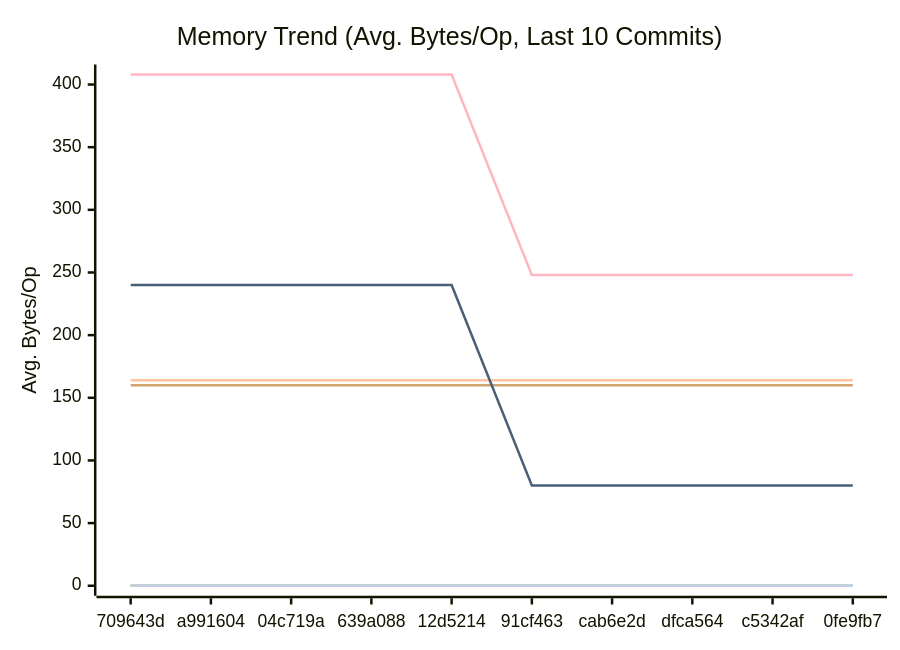
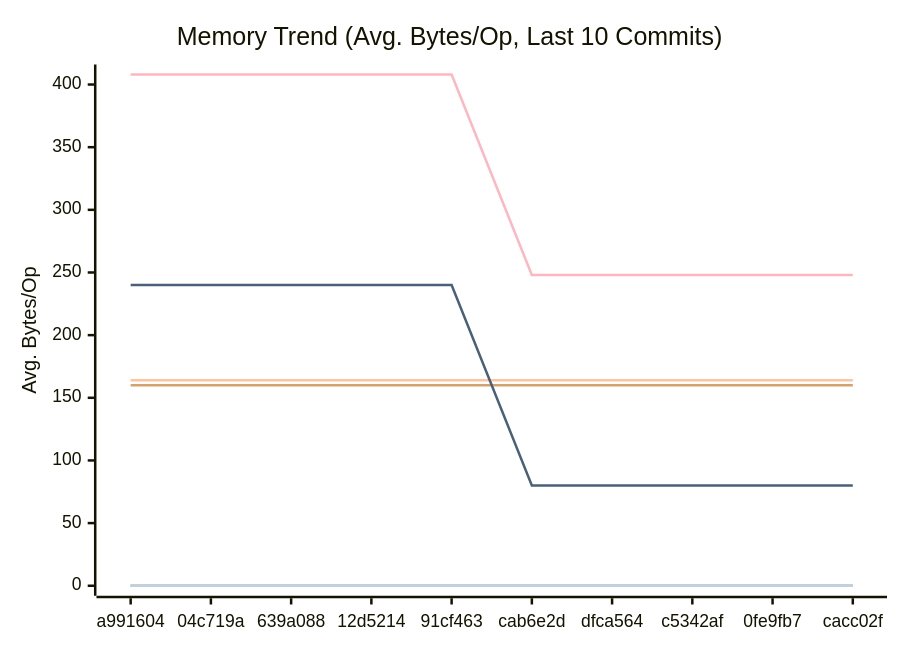
The second of 3 diagrams in docs/PERFORMANCE.md (alsotoes/momo), drawn with Mermaid before and after one commit. The commit also changed other lines of this file and 3 other files, not shown here.

````diff
--- a/docs/PERFORMANCE.md
+++ b/docs/PERFORMANCE.md
@@ -97,16 +97,16 @@
 ```mermaid
 xychart-beta
     title "Memory Trend (Avg. Bytes/Op, Last 10 Commits)"
     x-axis "Commit"
     y-axis "Avg. Bytes/Op"
-    x-axis [709643d,a991604,04c719a,639a088,12d5214,91cf463,cab6e2d,dfca564,c5342af,0fe9fb7]
+    x-axis [a991604,04c719a,639a088,12d5214,91cf463,cab6e2d,dfca564,c5342af,0fe9fb7,cacc02f]
     line "CheckMetricsAndSwap" [0,0,0,0,0,0,0,0,0,0]
     line "CrushOptimized" [0,0,0,0,0,0,0,0,0,0]
     line "CrushOriginal" [164,164,164,164,164,164,164,164,164,164]
     line "IndexDirectTracking" [0,0,0,0,0,0,0,0,0,0]
     line "IndexSearch" [0,0,0,0,0,0,0,0,0,0]
     line "LoadGlobalConfig" [160,160,160,160,160,160,160,160,160,160]
     line "PadString" [0,0,0,0,0,0,0,0,0,0]
     line "ParseReplicationOrder_NoPrealloc" [408,408,408,408,408,248,248,248,248,248]
     line "ParseReplicationOrder_Prealloc" [240,240,240,240,240,80,80,80,80,80]
 ```
````
